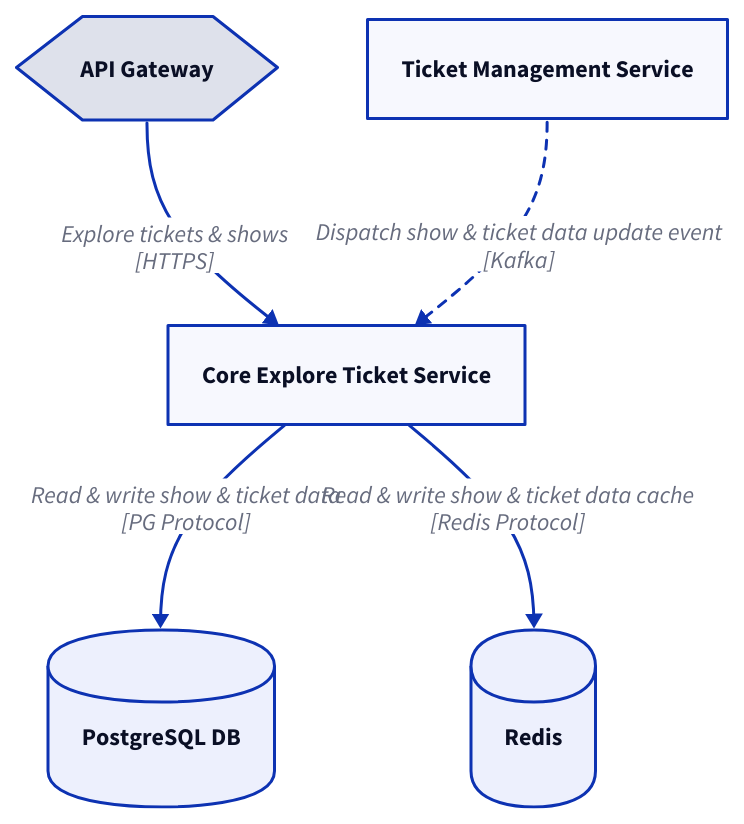
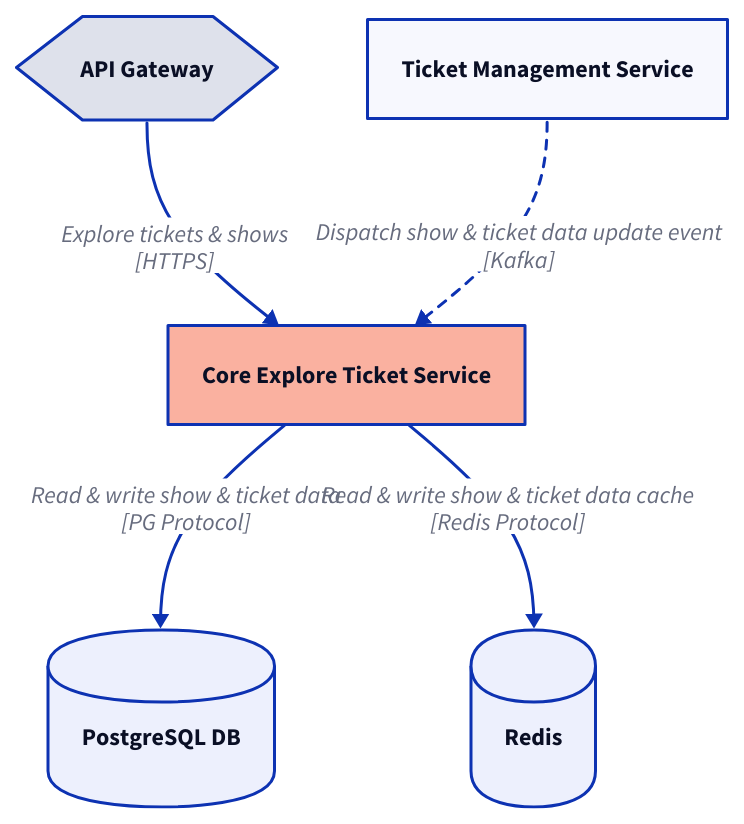
The diagram in kata/ticket-to-serve/asset/core-explore-ticket-service-architecture.d2 (pramindanata/architecture-katas), drawn with D2 before and after one commit. The commit also changed 7 other files, not shown here.

Commit message:
modify some diagrams

```diff
--- a/kata/ticket-to-serve/asset/core-explore-ticket-service-architecture.d2
+++ b/kata/ticket-to-serve/asset/core-explore-ticket-service-architecture.d2
@@ -1,26 +1,29 @@
 gateway: {
   label: API Gateway
   shape: hexagon
 }
 
-exploreService: Core Explore Ticket Service
+exploreService: {
+  label: Core Explore Ticket Service
+  style.fill: "#fab1a0"
+}
 
 db: {
   label: PostgreSQL DB
   shape: cylinder
 }
 
 redis: {
   label: Redis
   shape: cylinder
 }
 
 ticketManagementService: Ticket Management Service
 
 gateway -> exploreService: "Explore tickets & shows\n[HTTPS]"
 exploreService -> db: "Read & write show & ticket data\n[PG Protocol]"
 exploreService -> redis: "Read & write show & ticket data cache\n[Redis Protocol]"
 ticketManagementService -> exploreService: {
   label: "Dispatch show & ticket data update event\n[Kafka]"
   style.stroke-dash: 3
 }
```
